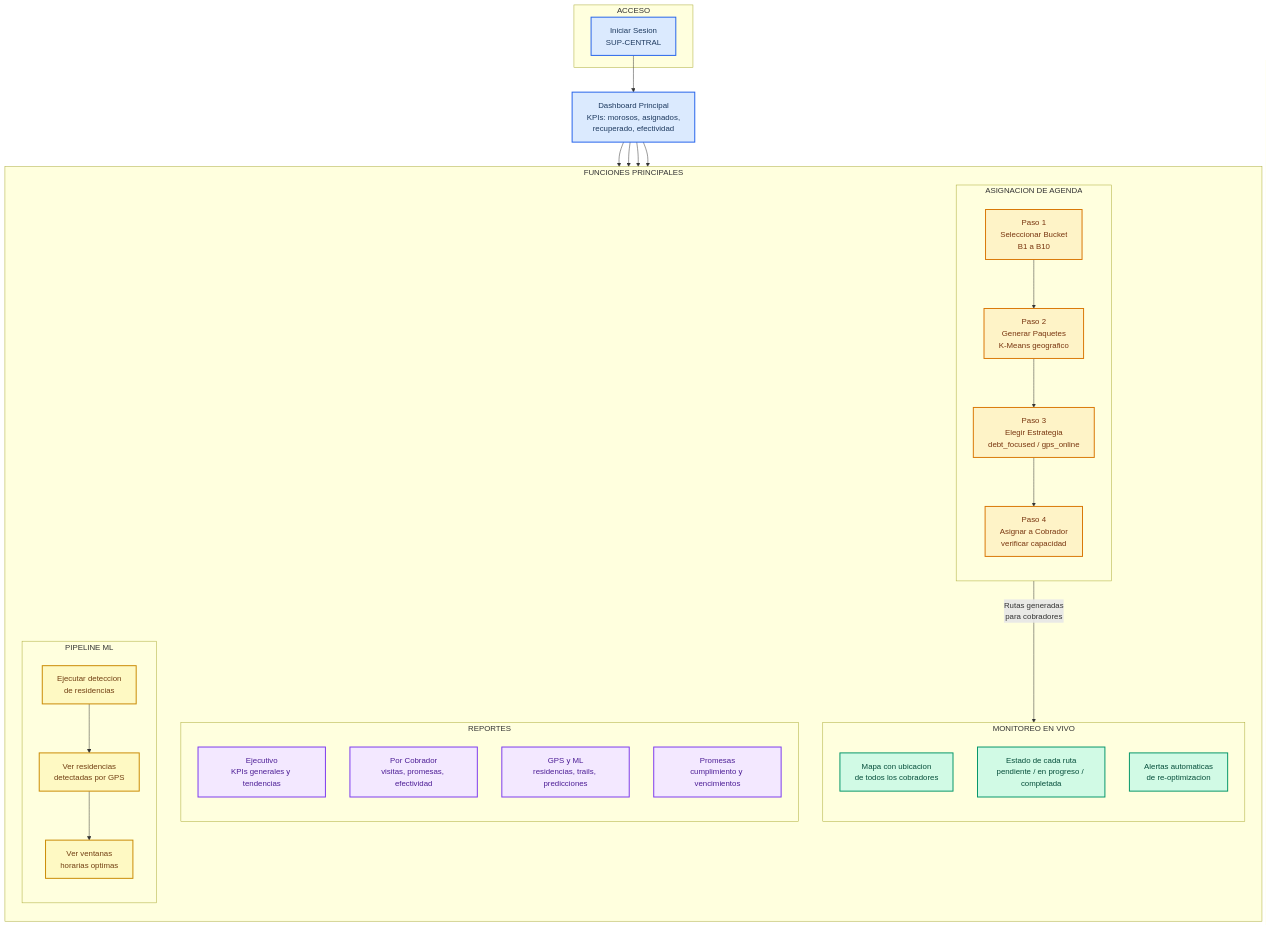
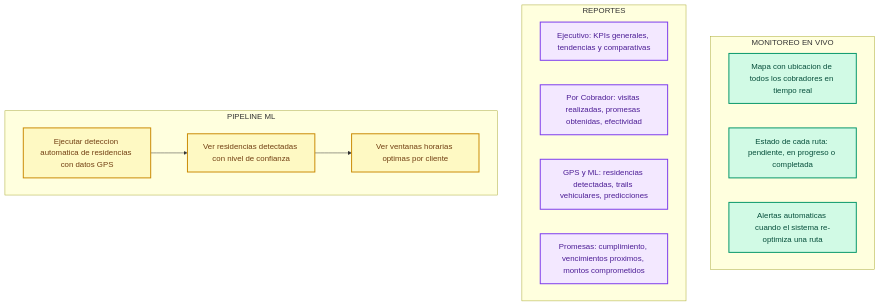
The third of 3 diagrams in docs/guia-usuario/manual-supervisor.md (multiagents-fer/gps-platform-docs), drawn with Mermaid before and after one commit. The commit also changed other lines of this file and 1 other file, not shown here.

Commit message:
fix(docs): redesign Mermaid diagrams — full text in nodes, no truncation
All flow diagrams rewritten with complete text in each node instead
of line breaks that caused text truncation. Removed subgraphs that
constrained node sizes. Supervisor manual split into 3 focused diagrams.

````diff
--- a/docs/guia-usuario/manual-supervisor.md
+++ b/docs/guia-usuario/manual-supervisor.md
@@ -7,57 +41,25 @@
 ```mermaid
 flowchart TD
-    subgraph LOGIN["ACCESO"]
-        A["Iniciar Sesion\nSUP-CENTRAL"]:::blue
+    subgraph MON["MONITOREO EN VIVO"]
+        E1["Mapa con ubicacion de todos los cobradores en tiempo real"]:::green
+        E2["Estado de cada ruta: pendiente, en progreso o completada"]:::green
+        E3["Alertas automaticas cuando el sistema re-optimiza una ruta"]:::green
     end
 
-    A --> B["Dashboard Principal\nKPIs: morosos, asignados,\nrecuperado, efectividad"]:::blue
-
-    subgraph FUNCIONES["FUNCIONES PRINCIPALES"]
-        direction TB
-
-        subgraph AGENDA["ASIGNACION DE AGENDA"]
-            direction TB
-            D1["Paso 1\nSeleccionar Bucket\nB1 a B10"]:::amber
-            D2["Paso 2\nGenerar Paquetes\nK-Means geografico"]:::amber
-            D3["Paso 3\nElegir Estrategia\ndebt_focused / gps_online"]:::amber
-            D4["Paso 4\nAsignar a Cobrador\nverificar capacidad"]:::amber
-            D1 --> D2 --> D3 --> D4
-        end
-
-        subgraph MONITOREO["MONITOREO EN VIVO"]
-            direction TB
-            E1["Mapa con ubicacion\nde todos los cobradores"]:::green
-            E2["Estado de cada ruta\npendiente / en progreso / completada"]:::green
-            E3["Alertas automaticas\nde re-optimizacion"]:::green
-        end
-
-        subgraph REPORTES["REPORTES"]
-            direction TB
-            F1["Ejecutivo\nKPIs generales y tendencias"]:::purple
-            F2["Por Cobrador\nvisitas, promesas, efectividad"]:::purple
-            F3["GPS y ML\nresidencias, trails, predicciones"]:::purple
-            F4["Promesas\ncumplimiento y vencimientos"]:::purple
-        end
-
-        subgraph ML["PIPELINE ML"]
-            direction TB
-            G1["Ejecutar deteccion\nde residencias"]:::yellow
-            G2["Ver residencias\ndetectadas por GPS"]:::yellow
-            G3["Ver ventanas\nhorarias optimas"]:::yellow
-            G1 --> G2 --> G3
-        end
+    subgraph REP["REPORTES"]
+        F1["Ejecutivo: KPIs generales, tendencias y comparativas"]:::purple
+        F2["Por Cobrador: visitas realizadas, promesas obtenidas, efectividad"]:::purple
+        F3["GPS y ML: residencias detectadas, trails vehiculares, predicciones"]:::purple
+        F4["Promesas: cumplimiento, vencimientos proximos, montos comprometidos"]:::purple
     end
 
-    B --> AGENDA
-    B --> MONITOREO
-    B --> REPORTES
-    B --> ML
+    subgraph MLP["PIPELINE ML"]
+        G1["Ejecutar deteccion automatica de residencias con datos GPS"]:::yellow
+        G1 --> G2["Ver residencias detectadas con nivel de confianza"]:::yellow
+        G2 --> G3["Ver ventanas horarias optimas por cliente"]:::yellow
+    end
 
-    D4 -->|"Rutas generadas\npara cobradores"| E1
-
-    classDef blue fill:#dbeafe,stroke:#2563eb,stroke-width:2px,color:#1e3a5f
     classDef green fill:#d1fae5,stroke:#059669,stroke-width:2px,color:#064e3b
-    classDef amber fill:#fef3c7,stroke:#d97706,stroke-width:2px,color:#78350f
     classDef purple fill:#f3e8ff,stroke:#7c3aed,stroke-width:2px,color:#4c1d95
     classDef yellow fill:#fef9c3,stroke:#ca8a04,stroke-width:2px,color:#713f12
 ```
````
